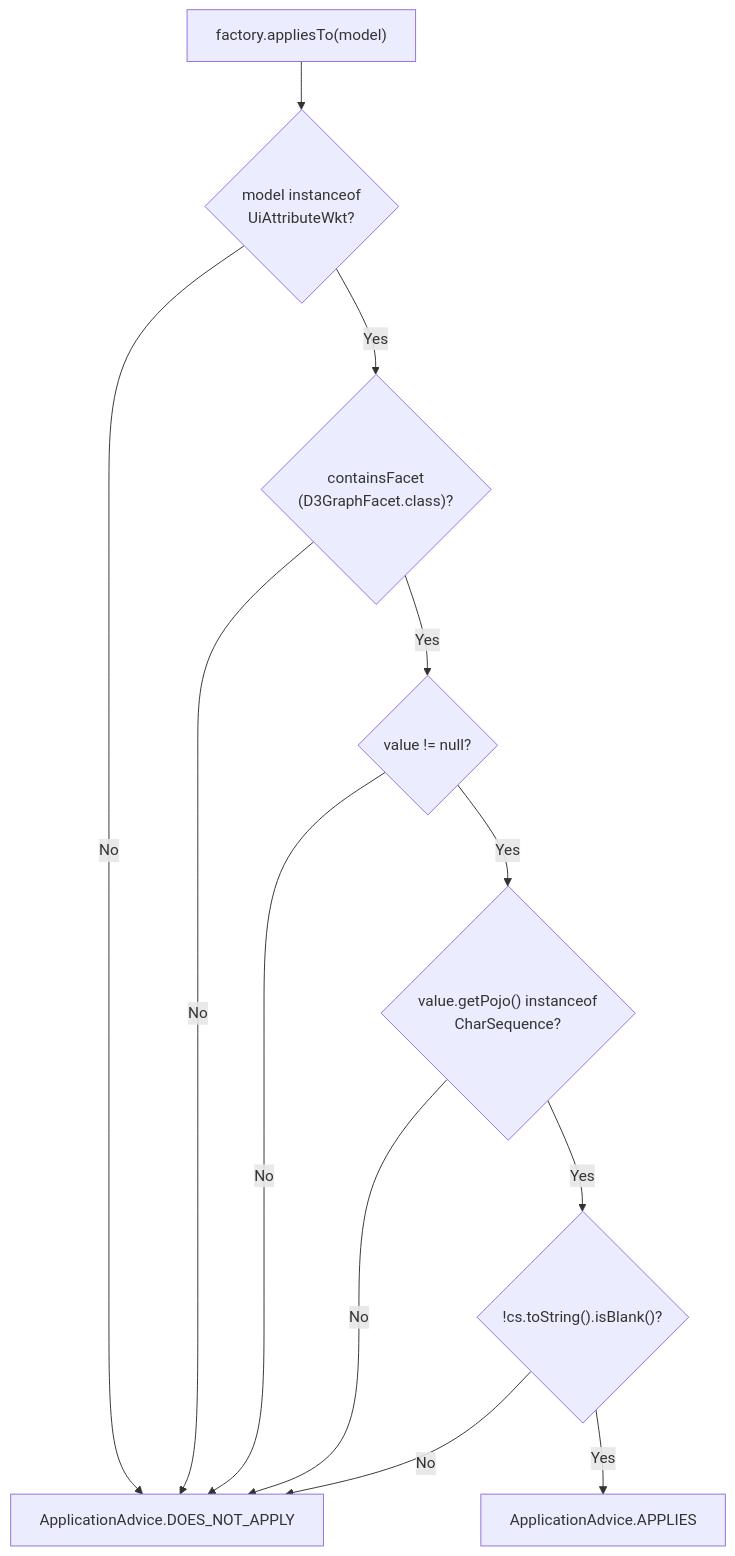
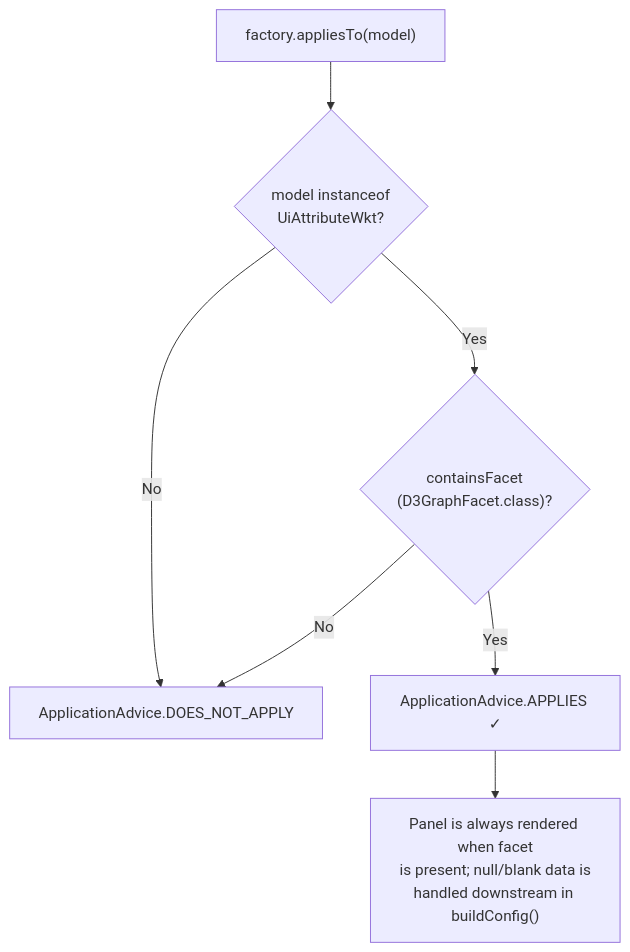
The fifth of 8 diagrams in extensions/vw/d3/wicket/D3_WICKET_UI_OVERVIEW.md (apache/causeway), drawn with Mermaid before and after one commit. The commit also changed other lines of this file, not shown here.

````diff
--- a/extensions/vw/d3/wicket/D3_WICKET_UI_OVERVIEW.md
+++ b/extensions/vw/d3/wicket/D3_WICKET_UI_OVERVIEW.md
@@ -229,14 +229,9 @@
 ```mermaid
 flowchart TD
     Start["factory.appliesTo(model)"] --> CheckType{"model instanceof<br/>UiAttributeWkt?"}
     CheckType -- No --> NoApply["ApplicationAdvice.DOES_NOT_APPLY"]
     CheckType -- Yes --> CheckFacet{"containsFacet<br/>(D3GraphFacet.class)?"}
     CheckFacet -- No --> NoApply
-    CheckFacet -- Yes --> CheckNull{"value != null?"}
-    CheckNull -- No --> NoApply
-    CheckNull -- Yes --> CheckType2{"value.getPojo() instanceof<br/>CharSequence?"}
-    CheckType2 -- No --> NoApply
-    CheckType2 -- Yes --> CheckBlank{"!cs.toString().isBlank()?"}
-    CheckBlank -- No --> NoApply
-    CheckBlank -- Yes --> Apply["ApplicationAdvice.APPLIES"]
+    CheckFacet -- Yes --> Apply["ApplicationAdvice.APPLIES ✓"]
+    Apply --> Note["Panel is always rendered when facet<br/>is present; null/blank data is<br/>handled downstream in buildConfig()"]
 ```
````
